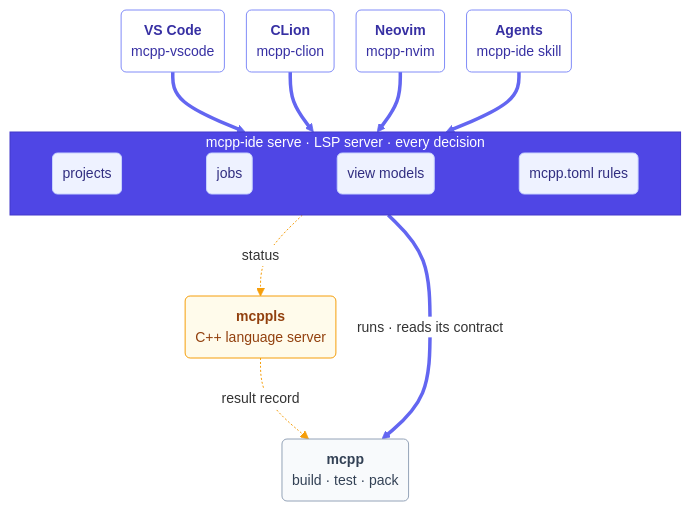
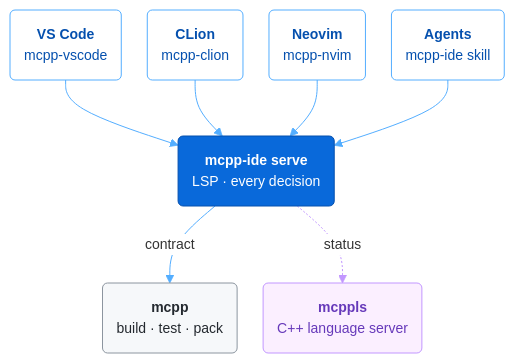
Before and after one commit to mcpp-community/mcpp-ide: the diagram in README.md, drawn with Mermaid. The commit also changed 3 other files, not shown here.

First line of the commit message:
docs: a simpler architecture diagram in GitHub's palette

````diff
--- a/README.md
+++ b/README.md
@@ -29,24 +29,19 @@
 ```mermaid
-%%{init: {"theme": "base", "flowchart": {"curve": "basis", "nodeSpacing": 22, "rankSpacing": 60, "padding": 10}, "themeVariables": {"fontFamily": "ui-sans-serif, system-ui, -apple-system, Segoe UI, sans-serif", "fontSize": "14px", "lineColor": "#6366f1", "edgeLabelBackground": "#ffffff"}}}%%
+%%{init: {"theme": "base", "flowchart": {"curve": "basis", "nodeSpacing": 26, "rankSpacing": 56, "padding": 14}, "themeVariables": {"fontFamily": "ui-sans-serif, system-ui, -apple-system, Segoe UI, sans-serif", "fontSize": "14px", "lineColor": "#54aeff", "edgeLabelBackground": "#ffffff"}}}%%
 flowchart TB
-    vscode("<b>VS Code</b><br/>mcpp-vscode"):::ide
-    clion("<b>CLion</b><br/>mcpp-clion"):::ide
-    nvim("<b>Neovim</b><br/>mcpp-nvim"):::ide
-    agent("<b>Agents</b><br/>mcpp-ide skill"):::ide
-    subgraph backend ["mcpp-ide serve · LSP server · every decision"]
-        direction LR
-        projects("projects"):::part ~~~ jobs("jobs"):::part ~~~ views("view models"):::part ~~~ rules("mcpp.toml rules"):::part
-    end
+    vscode("<b>VS Code</b><br/>mcpp-vscode"):::client
+    clion("<b>CLion</b><br/>mcpp-clion"):::client
+    nvim("<b>Neovim</b><br/>mcpp-nvim"):::client
+    agent("<b>Agents</b><br/>mcpp-ide skill"):::client
+    serve("<b>mcpp-ide serve</b><br/>LSP · every decision"):::core
     mcppls("<b>mcppls</b><br/>C++ language server"):::ls
-    mcpp("<b>mcpp</b><br/>build · test · pack"):::ext
-    vscode & clion & nvim & agent ==> backend
-    backend -. "status" .-> mcppls
-    backend == "runs · reads its contract" ==> mcpp
-    mcppls -. "result record" .-> mcpp
-    classDef ide fill:#ffffff,stroke:#818cf8,color:#3730a3
-    classDef part fill:#eef2ff,stroke:#c7d2fe,color:#312e81
-    classDef ext fill:#f8fafc,stroke:#94a3b8,color:#334155
-    classDef ls fill:#fffbeb,stroke:#f59e0b,color:#92400e
-    style backend fill:#4f46e5,stroke:#4338ca,color:#ffffff
-    linkStyle 7,9 stroke:#f59e0b
+    mcpp("<b>mcpp</b><br/>build · test · pack"):::tool
+    vscode & clion & nvim & agent --> serve
+    serve -- contract --> mcpp
+    serve -. status .-> mcppls
+    classDef client fill:#ffffff,stroke:#54aeff,color:#0550ae
+    classDef core fill:#0969da,stroke:#0550ae,color:#ffffff
+    classDef ls fill:#fbefff,stroke:#c297ff,color:#6639ba
+    classDef tool fill:#f6f8fa,stroke:#8c959f,color:#24292f
+    linkStyle 5 stroke:#c297ff
 ```
````
